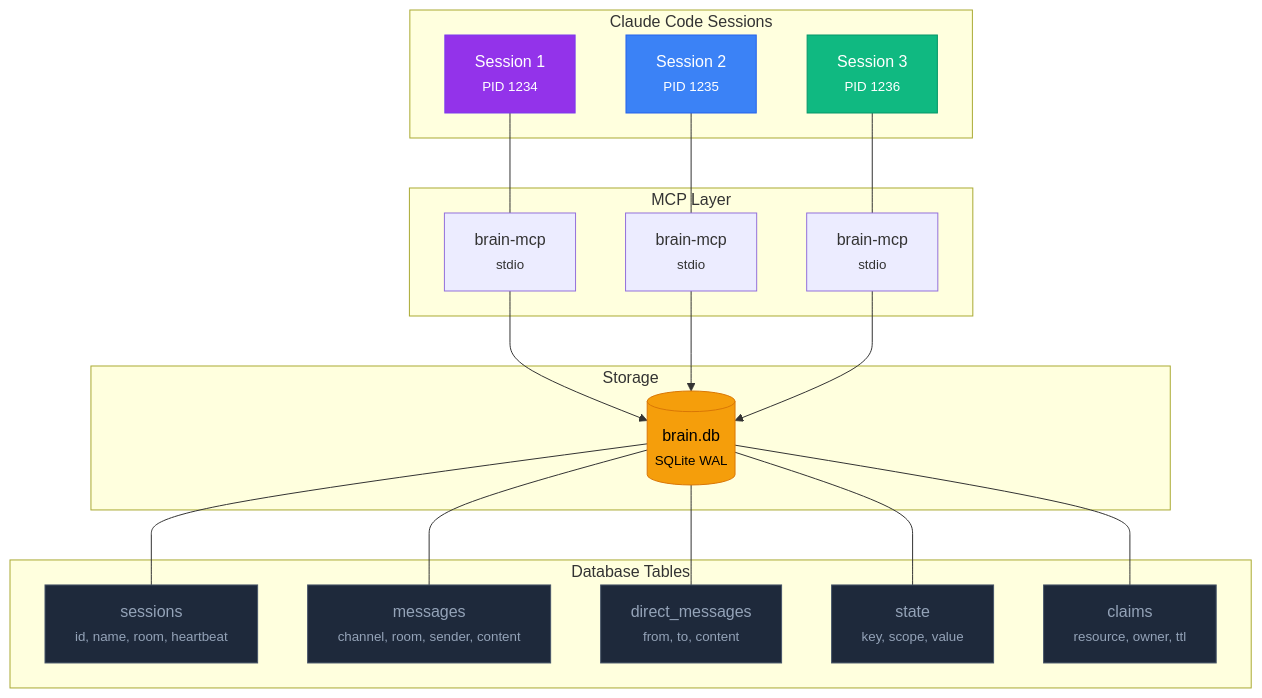
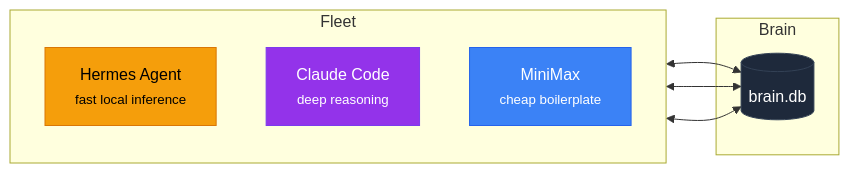
One commit to DevvGwardo/brain-mcp changed the third of 8 diagrams in README.md. Above: the diagram before and after it, drawn with Mermaid. The commit also changed other lines of this file and 18 other files, not shown here.

````diff
--- a/README.md
+++ b/README.md
@@ -231,50 +360,22 @@
 ```mermaid
-graph TB
-    subgraph "Claude Code Sessions"
-        S1["Session 1<br/><small>PID 1234</small>"]
-        S2["Session 2<br/><small>PID 1235</small>"]
-        S3["Session 3<br/><small>PID 1236</small>"]
+graph LR
+    subgraph "Fleet"
+        direction TB
+        HA["Hermes Agent<br/><small>fast local inference</small>"]
+        CC["Claude Code<br/><small>deep reasoning</small>"]
+        MM["MiniMax<br/><small>cheap boilerplate</small>"]
     end
 
-    subgraph "MCP Layer"
-        M1["brain-mcp<br/><small>stdio</small>"]
-        M2["brain-mcp<br/><small>stdio</small>"]
-        M3["brain-mcp<br/><small>stdio</small>"]
+    subgraph "Brain"
+        DB[("brain.db")]
     end
 
-    S1 --- M1
-    S2 --- M2
-    S3 --- M3
+    HA <--> DB
+    CC <--> DB
+    MM <--> DB
 
-    subgraph "Storage"
-        DB[("brain.db<br/><small>SQLite WAL</small>")]
-    end
-
-    M1 --> DB
-    M2 --> DB
-    M3 --> DB
-
-    subgraph "Database Tables"
-        T1["sessions<br/><small>id, name, room, heartbeat</small>"]
-        T2["messages<br/><small>channel, room, sender, content</small>"]
-        T3["direct_messages<br/><small>from, to, content</small>"]
-        T4["state<br/><small>key, scope, value</small>"]
-        T5["claims<br/><small>resource, owner, ttl</small>"]
-    end
-
-    DB --- T1
-    DB --- T2
-    DB --- T3
-    DB --- T4
-    DB --- T5
-
-    style S1 fill:#9333EA,stroke:#7C3AED,color:#fff
-    style S2 fill:#3B82F6,stroke:#2563EB,color:#fff
-    style S3 fill:#10B981,stroke:#059669,color:#fff
-    style DB fill:#F59E0B,stroke:#D97706,color:#000
-    style T1 fill:#1E293B,stroke:#475569,color:#94A3B8
-    style T2 fill:#1E293B,stroke:#475569,color:#94A3B8
-    style T3 fill:#1E293B,stroke:#475569,color:#94A3B8
-    style T4 fill:#1E293B,stroke:#475569,color:#94A3B8
-    style T5 fill:#1E293B,stroke:#475569,color:#94A3B8
+    style HA fill:#F59E0B,stroke:#D97706,color:#000
+    style CC fill:#9333EA,stroke:#7C3AED,color:#fff
+    style MM fill:#3B82F6,stroke:#2563EB,color:#fff
+    style DB fill:#1E293B,stroke:#334155,color:#fff
 ```
````
